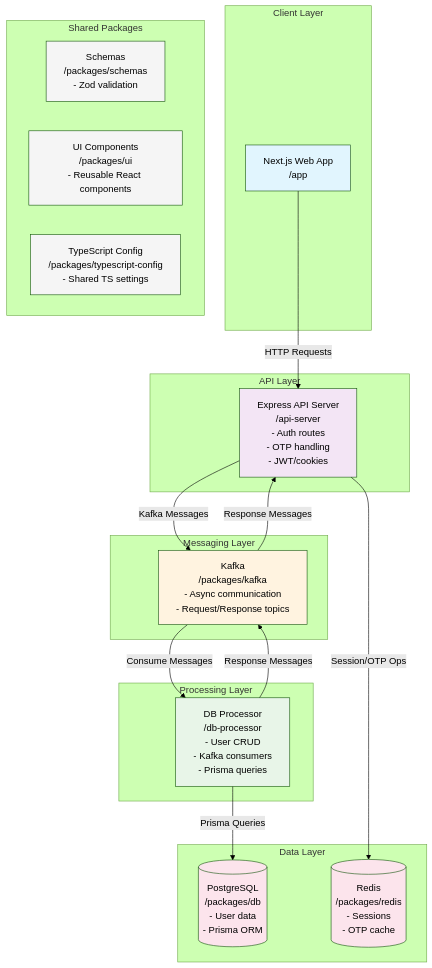
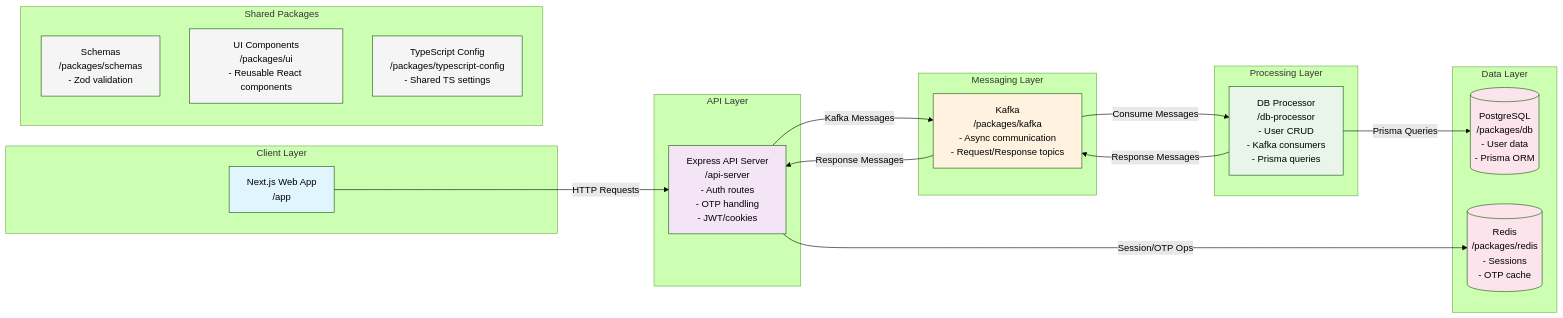
The diagram in docs/architecture.md (shatadalsamui/SAMCFD), drawn with Mermaid (forest theme) before and after one commit.

````diff
--- a/docs/architecture.md
+++ b/docs/architecture.md
@@ -5,51 +5,51 @@
 ```mermaid
-graph TB
+graph LR
     subgraph "Client Layer"
         Web[Next.js Web App<br/>/app]
     end
 
     subgraph "API Layer"
         API[Express API Server<br/>/api-server<br/>- Auth routes<br/>- OTP handling<br/>- JWT/cookies]
     end
 
     subgraph "Messaging Layer"
         Kafka[Kafka<br/>/packages/kafka<br/>- Async communication<br/>- Request/Response topics]
     end
 
     subgraph "Processing Layer"
         DBProc[DB Processor<br/>/db-processor<br/>- User CRUD<br/>- Kafka consumers<br/>- Prisma queries]
     end
 
     subgraph "Data Layer"
         DB[(PostgreSQL<br/>/packages/db<br/>- User data<br/>- Prisma ORM)]
         Redis[(Redis<br/>/packages/redis<br/>- Sessions<br/>- OTP cache)]
     end
 
     subgraph "Shared Packages"
         Schemas[Schemas<br/>/packages/schemas<br/>- Zod validation]
         UI[UI Components<br/>/packages/ui<br/>- Reusable React components]
         Config[TypeScript Config<br/>/packages/typescript-config<br/>- Shared TS settings]
     end
 
     Web -->|HTTP Requests| API
     API -->|Kafka Messages| Kafka
     Kafka -->|Consume Messages| DBProc
     DBProc -->|Prisma Queries| DB
     API -->|Session/OTP Ops| Redis
     DBProc -->|Response Messages| Kafka
     Kafka -->|Response Messages| API
 
     classDef client fill:#e1f5fe
     classDef api fill:#f3e5f5
     classDef messaging fill:#fff3e0
     classDef processing fill:#e8f5e8
     classDef data fill:#fce4ec
     classDef shared fill:#f5f5f5
 
     class Web client
     class API api
     class Kafka messaging
     class DBProc processing
     class DB,Redis data
     class Schemas,UI,Config shared
 ```
````
